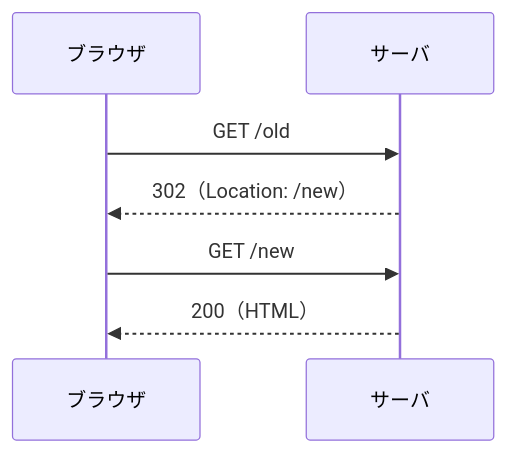
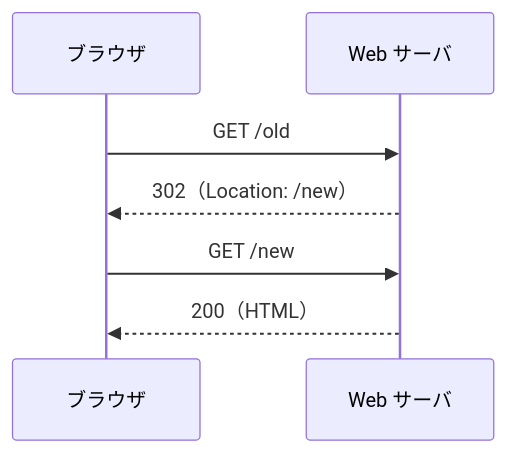
Before and after one commit to Appricot144/teaching-material: the first of 2 diagrams in servlet/06-input-and-redirect/02-what-is-redirect.md, drawn with Mermaid. The commit also changed other lines of this file and 2 other files, not shown here.

````diff
--- a/servlet/06-input-and-redirect/02-what-is-redirect.md
+++ b/servlet/06-input-and-redirect/02-what-is-redirect.md
@@ -9,9 +11,9 @@
 ```mermaid
 sequenceDiagram
     participant B as ブラウザ
-    participant S as サーバ
+    participant S as Web サーバ
     B->>S: GET /old
     S-->>B: 302（Location: /new）
     B->>S: GET /new
     S-->>B: 200（HTML）
 ```
````
